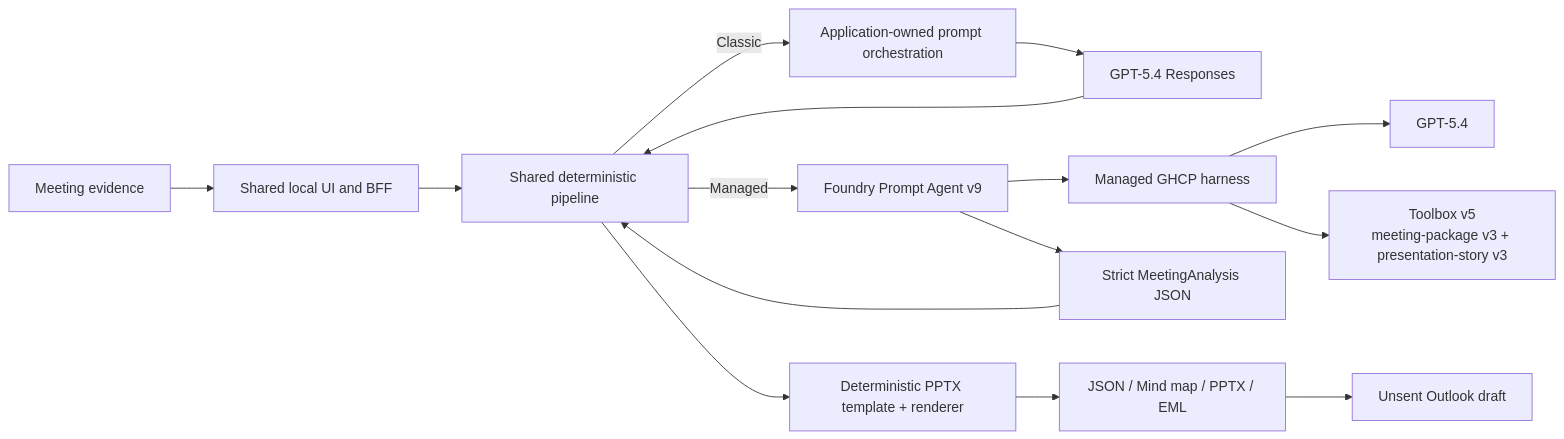
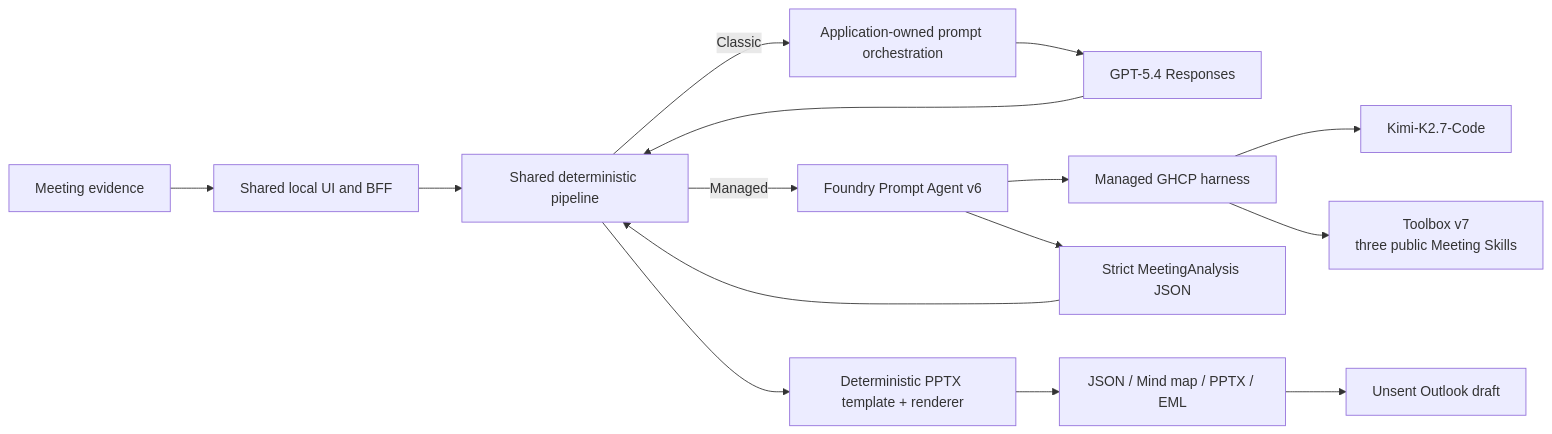
Before and after one commit to david-xinyuwei/david-share: the diagram in Agents/Meeting-Agent/managed-agent/docs/IMPLEMENTATION-COMPARISON.md, drawn with Mermaid. The commit also changed other lines of this file and 36 other files, not shown here.

First line of the commit message:
docs: align managed meeting agent with kimi runtime

````diff
--- a/Agents/Meeting-Agent/managed-agent/docs/IMPLEMENTATION-COMPARISON.md
+++ b/Agents/Meeting-Agent/managed-agent/docs/IMPLEMENTATION-COMPARISON.md
@@ -18,17 +18,17 @@
 ```mermaid
 flowchart LR
     E[Meeting evidence] --> UI[Shared local UI and BFF]
     UI --> P[Shared deterministic pipeline]
     P -->|Classic| C[Application-owned prompt orchestration]
     C --> M1[GPT-5.4 Responses]
-    P -->|Managed| A[Foundry Prompt Agent v9]
+    P -->|Managed| A[Foundry Prompt Agent v6]
     A --> H[Managed GHCP harness]
-    H --> M2[GPT-5.4]
-    H --> T[Toolbox v5\nmeeting-package v3 + presentation-story v3]
+    H --> M2[Kimi-K2.7-Code]
+    H --> T[Toolbox v7\nthree public Meeting Skills]
     M1 --> P
     A --> J[Strict MeetingAnalysis JSON]
     J --> P
     P --> R[Deterministic PPTX template + renderer]
     R --> O[JSON / Mind map / PPTX / EML]
     O --> D[Unsent Outlook draft]
 ```
````
